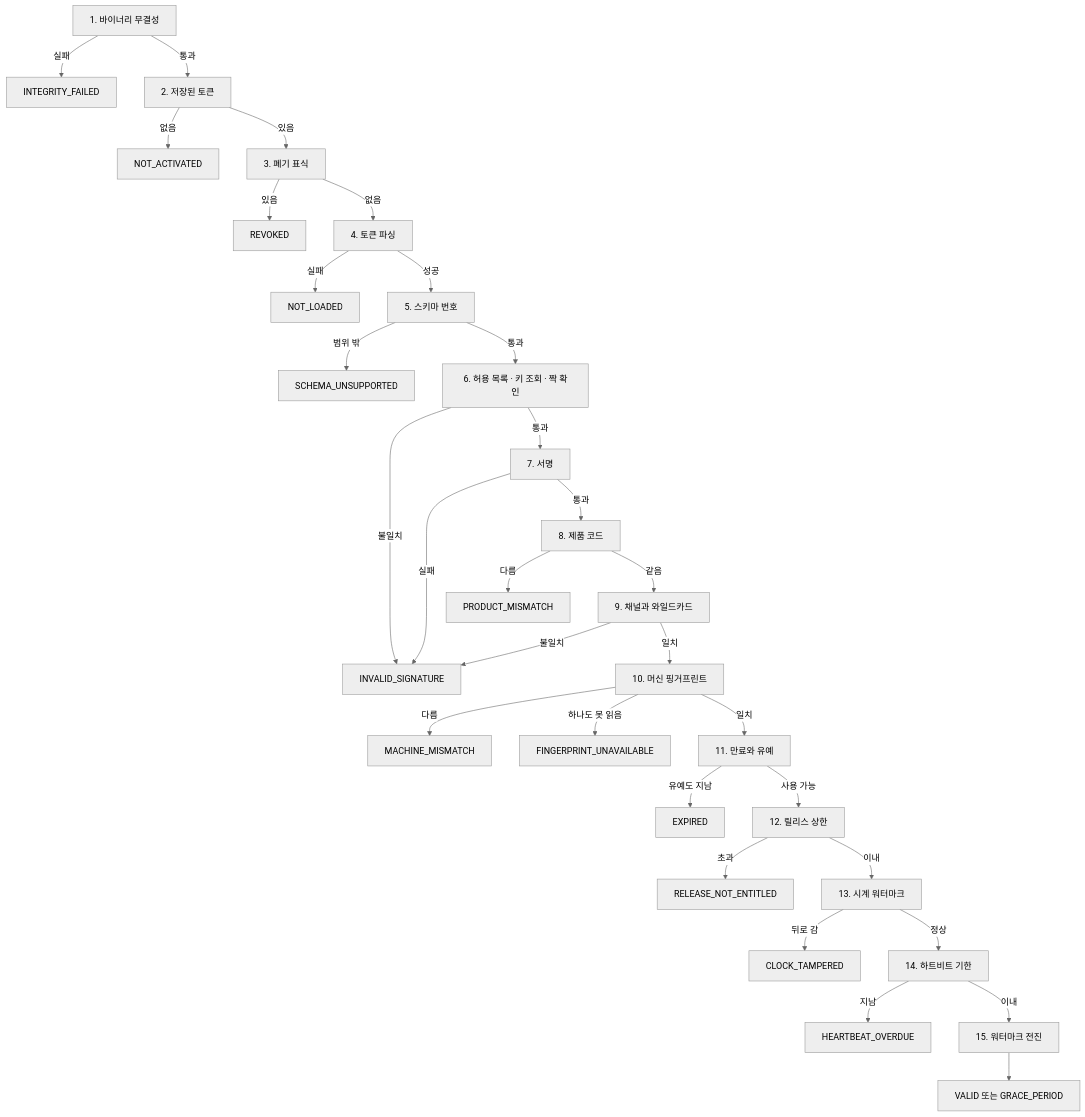
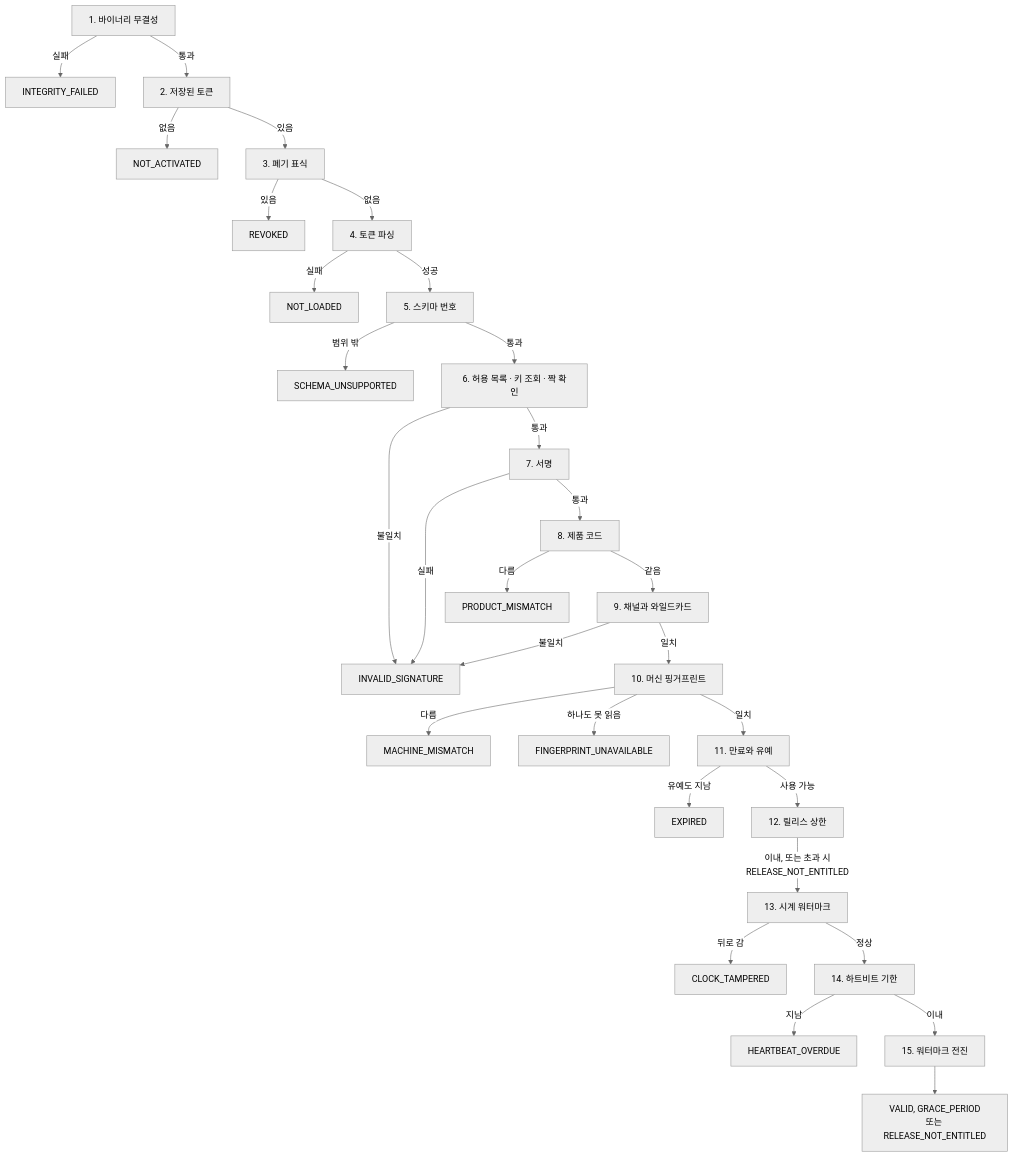
Before and after one commit to accesscore-dev/accesscore-license-sdk-dist: the fifth of 7 diagrams in docs/manual/ko/concepts.md, drawn with Mermaid (neutral theme). The commit also changed other lines of this file and 28 other files, not shown here.

````diff
--- a/docs/manual/ko/concepts.md
+++ b/docs/manual/ko/concepts.md
@@ -216,33 +220,32 @@
 ```mermaid
 flowchart TD
     A[1. 바이너리 무결성] -->|실패| AX[INTEGRITY_FAILED]
     A -->|통과| B[2. 저장된 토큰]
     B -->|없음| BX[NOT_ACTIVATED]
     B -->|있음| C[3. 폐기 표식]
     C -->|있음| CX[REVOKED]
     C -->|없음| D[4. 토큰 파싱]
     D -->|실패| DX[NOT_LOADED]
     D -->|성공| E[5. 스키마 번호]
     E -->|범위 밖| EX[SCHEMA_UNSUPPORTED]
     E -->|통과| F[6. 허용 목록 · 키 조회 · 짝 확인]
     F -->|불일치| FX[INVALID_SIGNATURE]
     F -->|통과| G[7. 서명]
     G -->|실패| FX
     G -->|통과| H[8. 제품 코드]
     H -->|다름| HX[PRODUCT_MISMATCH]
     H -->|같음| I[9. 채널과 와일드카드]
     I -->|불일치| FX
     I -->|일치| J[10. 머신 핑거프린트]
     J -->|다름| JX[MACHINE_MISMATCH]
     J -->|하나도 못 읽음| JY[FINGERPRINT_UNAVAILABLE]
     J -->|일치| K[11. 만료와 유예]
     K -->|유예도 지남| KX[EXPIRED]
     K -->|사용 가능| L[12. 릴리스 상한]
-    L -->|초과| LX[RELEASE_NOT_ENTITLED]
-    L -->|이내| M[13. 시계 워터마크]
+    L -->|이내, 또는 초과 시<br/>RELEASE_NOT_ENTITLED| M[13. 시계 워터마크]
     M -->|뒤로 감| MX[CLOCK_TAMPERED]
     M -->|정상| N[14. 하트비트 기한]
     N -->|지남| NX[HEARTBEAT_OVERDUE]
     N -->|이내| O[15. 워터마크 전진]
-    O --> OK[VALID 또는 GRACE_PERIOD]
+    O --> OK[VALID, GRACE_PERIOD<br/>또는 RELEASE_NOT_ENTITLED]
 ```
````
